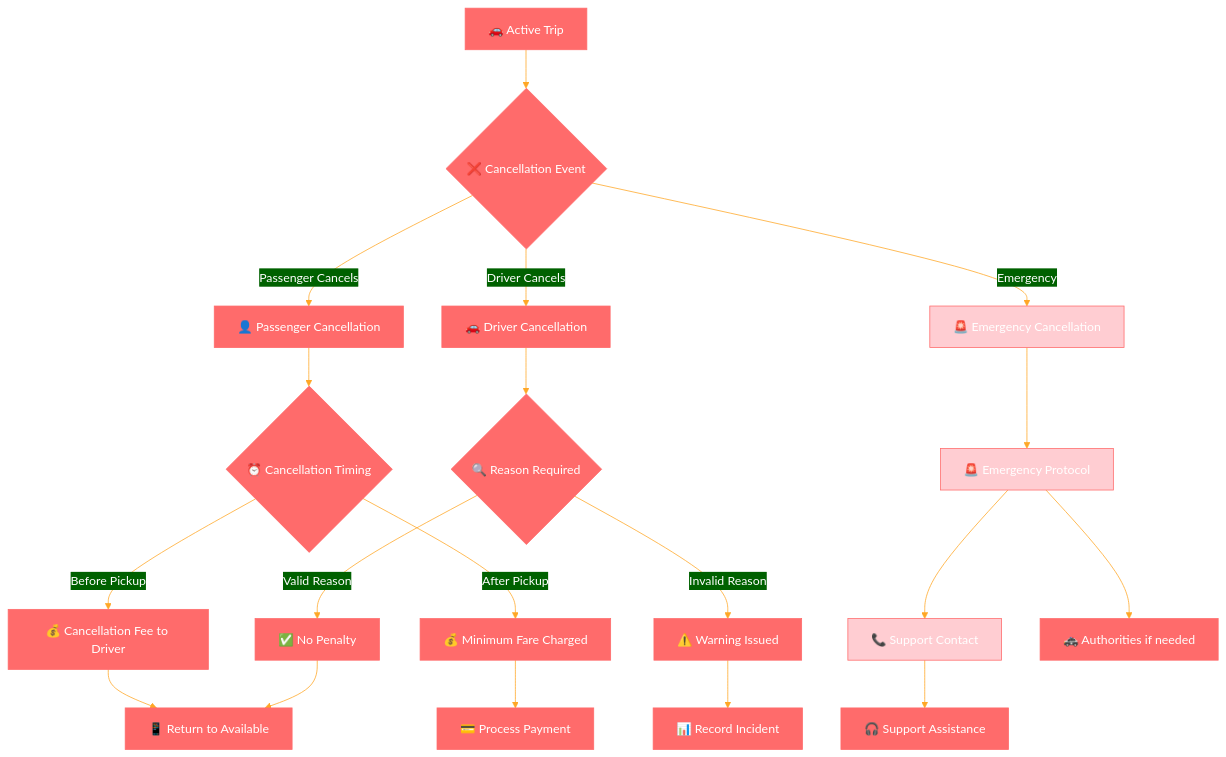
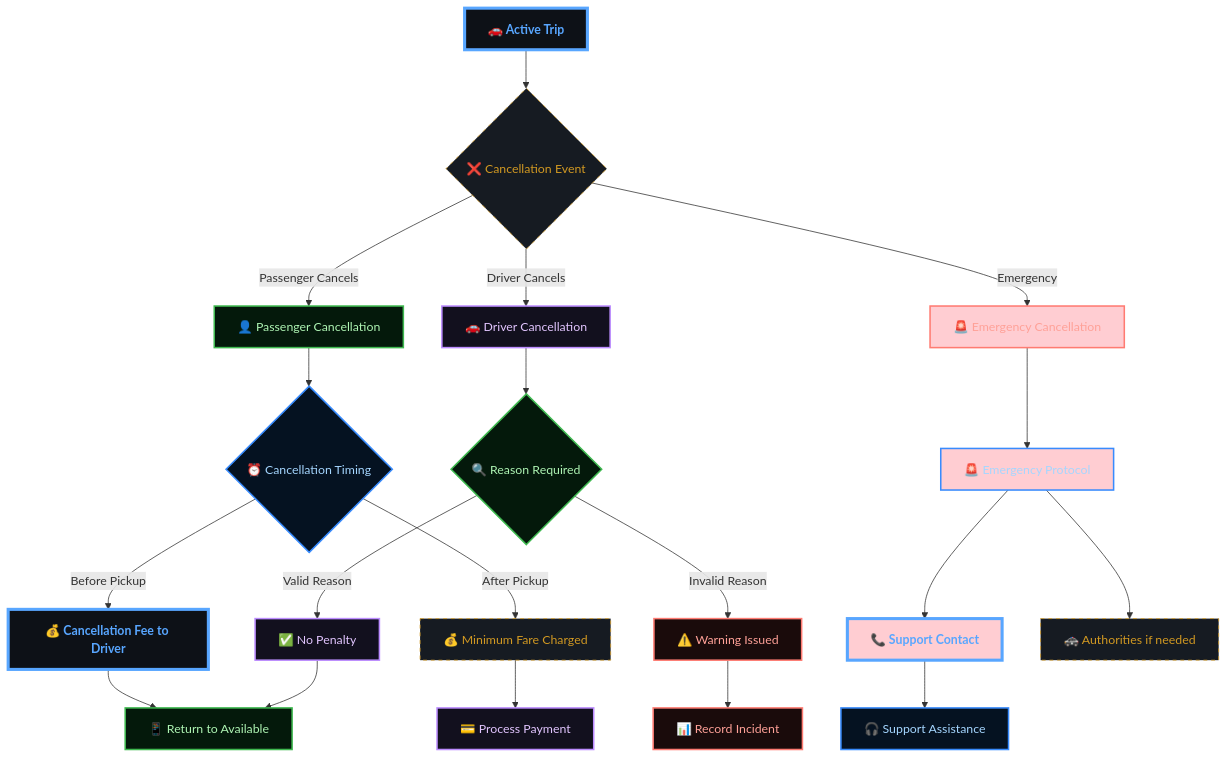
One commit to abdoElHodaky/transportapp changed diagram 17 of 20 in docs/user-journeys/driver-flow.md. Above: the diagram before and after it, drawn with Mermaid. The commit also changed other lines of this file and 9 other files, not shown here.

````diff
--- a/docs/user-journeys/driver-flow.md
+++ b/docs/user-journeys/driver-flow.md
@@ -712,30 +1230,69 @@
 ```mermaid
-%%{init: {'theme':'base', 'themeVariables': {'primaryColor':'#ff6b6b','primaryTextColor':'#fff','primaryBorderColor':'#ff6b6b','lineColor':'#ffa726','sectionBkgColor':'#ff6b6b','altSectionBkgColor':'#fff','gridColor':'#fff','secondaryColor':'#006100','tertiaryColor':'#fff'}}}%%
 flowchart TD
     A[🚗 Active Trip] --> B{❌ Cancellation Event}
     B -->|Passenger Cancels| C[👤 Passenger Cancellation]
     B -->|Driver Cancels| D[🚗 Driver Cancellation]
     B -->|Emergency| E[🚨 Emergency Cancellation]
     
     C --> F{⏰ Cancellation Timing}
     F -->|Before Pickup| G[💰 Cancellation Fee to Driver]
     F -->|After Pickup| H[💰 Minimum Fare Charged]
     
     D --> I{🔍 Reason Required}
     I -->|Valid Reason| J[✅ No Penalty]
     I -->|Invalid Reason| K[⚠️ Warning Issued]
     
     E --> L[🚨 Emergency Protocol]
     L --> M[📞 Support Contact]
     L --> N[🚓 Authorities if needed]
     
     G --> O[📱 Return to Available]
     H --> P[💳 Process Payment]
     J --> O
     K --> Q[📊 Record Incident]
     M --> R[🎧 Support Assistance]
     
     style E fill:#ffcdd2
     style L fill:#ffcdd2
     style M fill:#ffcdd2
+
+    %% --- DARK GRADIENT & GLOW STYLING ---
+    
+    %% Main Dashboard (Neon Cyan/Blue)
+    classDef main fill:#0d1117,stroke:#58a6ff,stroke-width:4px,color:#58a6ff,font-weight:bold;
+    
+    %% Decision Diamond (Gold Glow)
+    classDef decision fill:#161b22,stroke:#d29922,color:#d29922,stroke-dasharray: 5 5;
+    
+    %% Revenue (Emerald Gradient Style)
+    classDef revNode fill:#04190b,stroke:#3fb950,color:#aff5b4,stroke-width:2px;
+    
+    %% Commission (Purple Gradient Style)
+    classDef commNode fill:#12101e,stroke:#bc8cff,color:#e2c5ff,stroke-width:2px;
+    
+    %% Refund (Ruby Gradient Style)
+    classDef refNode fill:#1a0b0b,stroke:#ff7b72,color:#ffa198,stroke-width:2px;
+    
+    %% Earnings (Sapphire Gradient Style)
+    classDef earnNode fill:#051221,stroke:#388bfd,color:#a5d6ff,stroke-width:2px;
+
+    class A main;
+    class B decision;
+    class C revNode;
+    class D commNode;
+    class E refNode;
+    class F earnNode;
+    class G main;
+    class H decision;
+    class I revNode;
+    class J commNode;
+    class K refNode;
+    class L earnNode;
+    class M main;
+    class N decision;
+    class O revNode;
+    class P commNode;
+    class Q refNode;
+    class R earnNode;
+    class V main;
 ```
````
